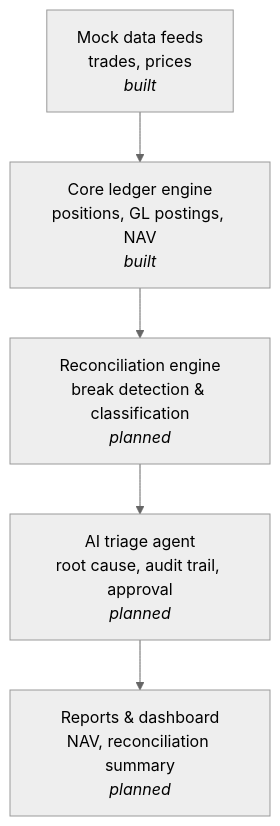
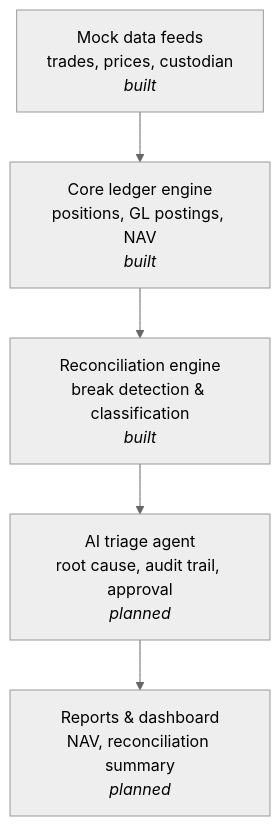
The first of 2 diagrams in README.md (yuschajp/ledger-engine), drawn with Mermaid (neutral theme) before and after one commit. The commit also changed other lines of this file and 3 other files, not shown here.

Commit message:
Add reconciliation engine

````diff
--- a/README.md
+++ b/README.md
@@ -11,7 +11,7 @@
 ```mermaid
 flowchart TD
-    A[Mock data feeds<br/>trades, prices<br/><i>built</i>] --> B[Core ledger engine<br/>positions, GL postings, NAV<br/><i>built</i>]
-    B --> C[Reconciliation engine<br/>break detection & classification<br/><i>planned</i>]
+    A[Mock data feeds<br/>trades, prices, custodian<br/><i>built</i>] --> B[Core ledger engine<br/>positions, GL postings, NAV<br/><i>built</i>]
+    B --> C[Reconciliation engine<br/>break detection & classification<br/><i>built</i>]
     C --> D[AI triage agent<br/>root cause, audit trail, approval<br/><i>planned</i>]
     D --> E[Reports & dashboard<br/>NAV, reconciliation summary<br/><i>planned</i>]
 ```
````
